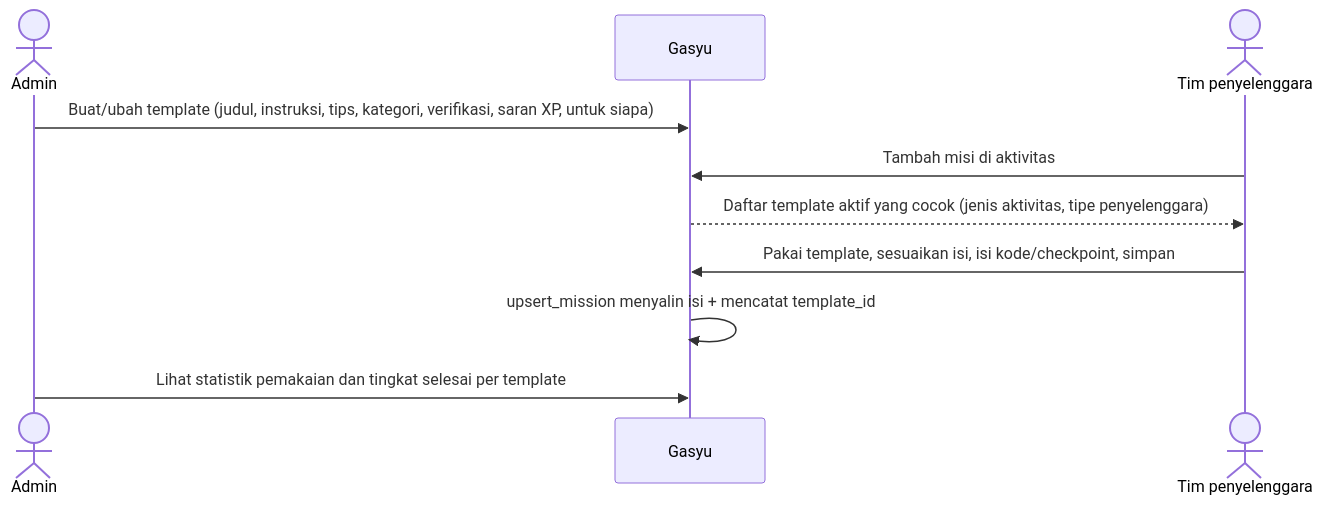
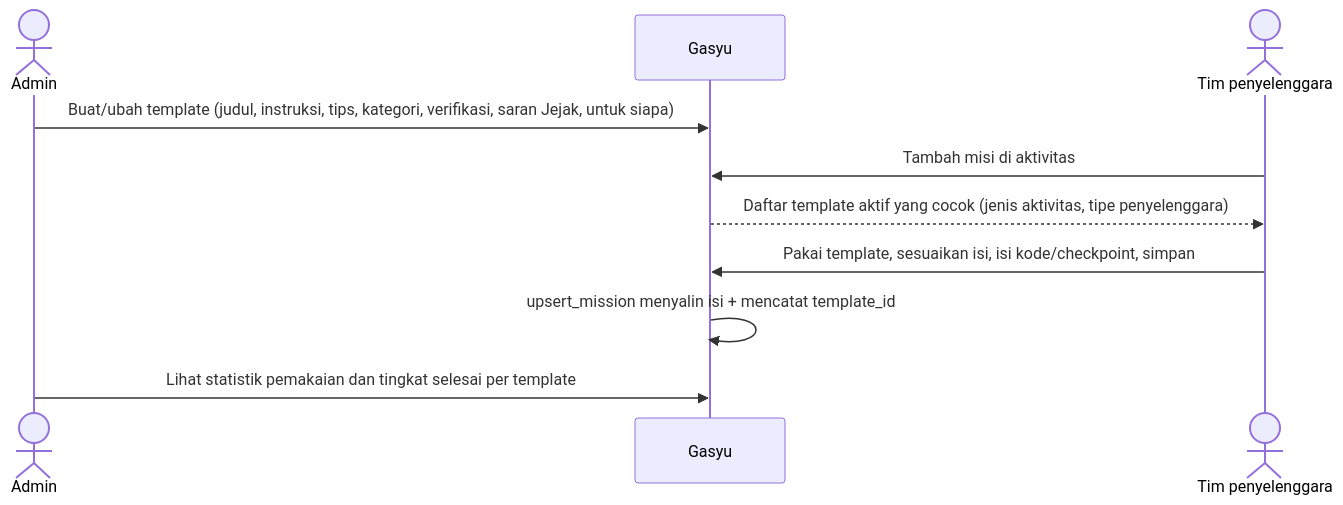
One commit to mirwanma/gasyu changed diagram 12 of 30 in docs/ALUR-SISTEM.md. Above: the diagram before and after it, drawn with Mermaid. The commit also changed other lines of this file and 42 other files, not shown here.

````diff
--- a/docs/ALUR-SISTEM.md
+++ b/docs/ALUR-SISTEM.md
@@ -619,12 +620,12 @@
 ```mermaid
 sequenceDiagram
     actor A as Admin
     participant App as Gasyu
     actor P as Tim penyelenggara
-    A->>App: Buat/ubah template (judul, instruksi, tips, kategori, verifikasi, saran XP, untuk siapa)
+    A->>App: Buat/ubah template (judul, instruksi, tips, kategori, verifikasi, saran Jejak, untuk siapa)
     P->>App: Tambah misi di aktivitas
     App-->>P: Daftar template aktif yang cocok (jenis aktivitas, tipe penyelenggara)
     P->>App: Pakai template, sesuaikan isi, isi kode/checkpoint, simpan
     App->>App: upsert_mission menyalin isi + mencatat template_id
     A->>App: Lihat statistik pemakaian dan tingkat selesai per template
 ```
````
